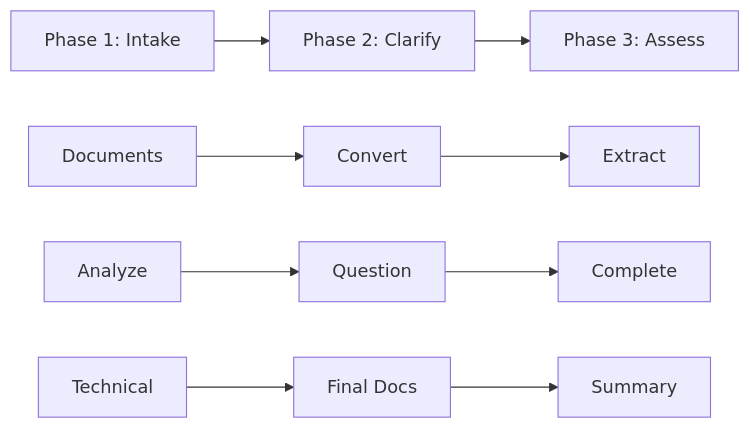
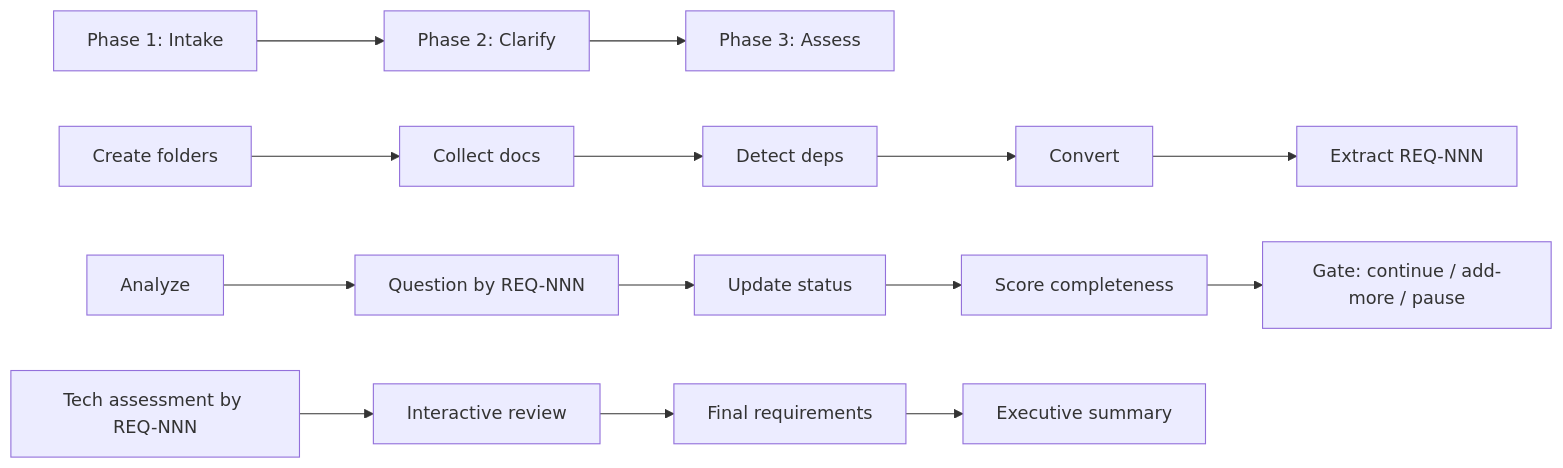
One commit to ajass/sa-agent changed the diagram in .github/agents/README-er.md. Above: the diagram before and after it, drawn with Mermaid. The commit also changed other lines of this file, not shown here.

Commit message:
Update README-er.md to match ER agent v1.2

````diff
--- a/.github/agents/README-er.md
+++ b/.github/agents/README-er.md
@@ -46,14 +58,19 @@
 ```mermaid
 graph LR
     A[Phase 1: Intake] --> B[Phase 2: Clarify]
     B --> C[Phase 3: Assess]
-    
-    A1[Documents] --> A2[Convert]
-    A2 --> A3[Extract]
-    
-    B1[Analyze] --> B2[Question]
-    B2 --> B3[Complete]
-    
-    C1[Technical] --> C2[Final Docs]
-    C2 --> C3[Summary]
+
+    A1[Create folders] --> A2[Collect docs]
+    A2 --> A3[Detect deps]
+    A3 --> A4[Convert]
+    A4 --> A5[Extract REQ-NNN]
+
+    B1[Analyze] --> B2[Question by REQ-NNN]
+    B2 --> B3[Update status]
+    B3 --> B4[Score completeness]
+    B4 --> B5[Gate: continue / add-more / pause]
+
+    C1[Tech assessment by REQ-NNN] --> C2[Interactive review]
+    C2 --> C3[Final requirements]
+    C3 --> C4[Executive summary]
 ```
````
